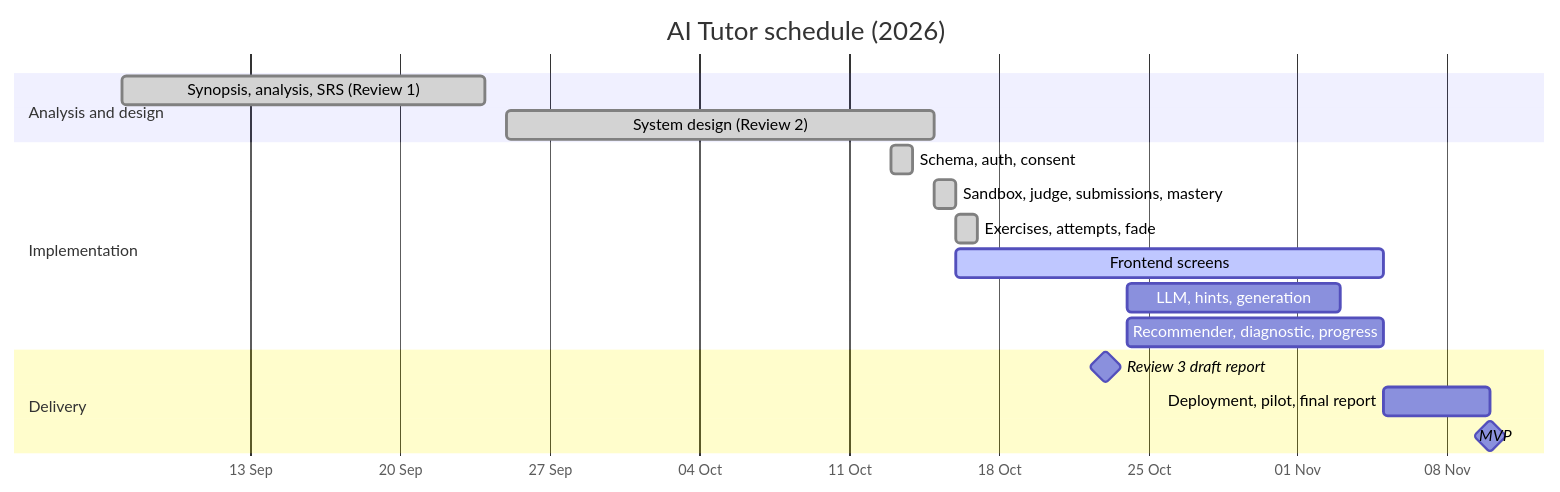
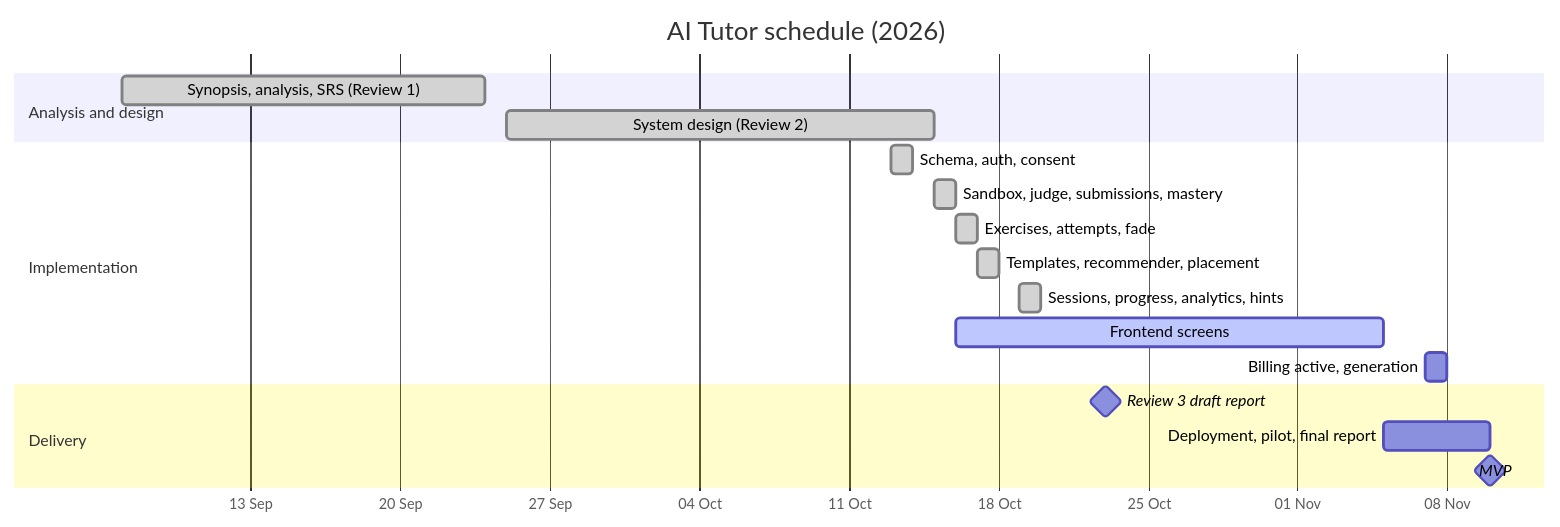
The first of 19 diagrams in DOCS/phase-3/MP3-Draft-Report.md (Nidanos/ai-tutor-platform), drawn with Mermaid before and after one commit. The commit also changed other lines of this file and 1 other file, not shown here.

````diff
--- a/DOCS/phase-3/MP3-Draft-Report.md
+++ b/DOCS/phase-3/MP3-Draft-Report.md
@@ -285,20 +304,21 @@
 ```mermaid
 gantt
   title AI Tutor schedule (2026)
   dateFormat YYYY-MM-DD
   axisFormat %d %b
   section Analysis and design
   Synopsis, analysis, SRS (Review 1)   :done, a, 2026-09-07, 2026-09-24
   System design (Review 2)             :done, b, 2026-09-25, 2026-10-15
   section Implementation
   Schema, auth, consent                :done, c, 2026-10-13, 2026-10-14
   Sandbox, judge, submissions, mastery :done, e, 2026-10-15, 2026-10-16
   Exercises, attempts, fade            :done, g, 2026-10-16, 1d
+  Templates, recommender, placement    :done, j, 2026-10-17, 2026-10-18
+  Sessions, progress, analytics, hints :done, l, 2026-10-19, 1d
   Frontend screens                     :active, h, 2026-10-16, 2026-11-05
-  LLM, hints, generation               :i, 2026-10-24, 2026-11-03
-  Recommender, diagnostic, progress    :j, 2026-10-24, 2026-11-05
+  Billing active, generation           :i, 2026-11-07, 2026-11-08
   section Delivery
   Review 3 draft report                :milestone, 2026-10-23, 0d
   Deployment, pilot, final report      :k, 2026-11-05, 2026-11-10
   MVP                                  :milestone, 2026-11-10, 0d
 ```
````
